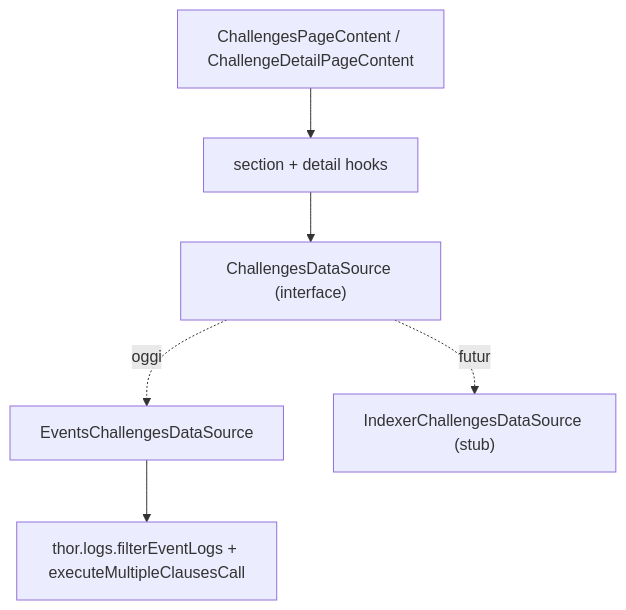
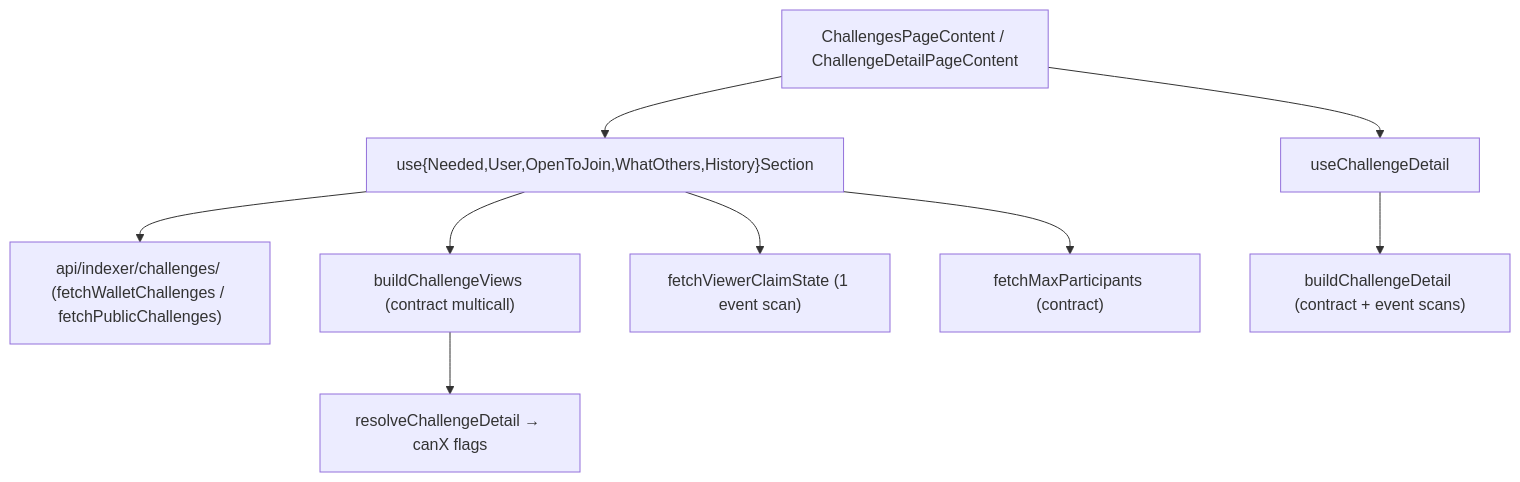
The diagram in .claude/skills/challenges/SKILL.md (vechain/vebetterdao), drawn with Mermaid before and after one commit. The commit also changed other lines of this file and 16 other files, not shown here.

First line of the commit message:
refactor: swap challenge datasource for indexer + on-chain enrichment

````diff
--- a/.claude/skills/challenges/SKILL.md
+++ b/.claude/skills/challenges/SKILL.md
@@ -66,8 +66,12 @@
 ```mermaid
 graph TD
-  UI["ChallengesPageContent / ChallengeDetailPageContent"] --> Hooks["section + detail hooks"]
-  Hooks --> DS["ChallengesDataSource (interface)"]
-  DS -.oggi.-> Events["EventsChallengesDataSource"]
-  DS -.futuro.-> Indexer["IndexerChallengesDataSource (stub)"]
-  Events --> Thor["thor.logs.filterEventLogs + executeMultipleClausesCall"]
+  UI["ChallengesPageContent / ChallengeDetailPageContent"]
+  UI --> SectionHooks["use{Needed,User,OpenToJoin,WhatOthers,History}Section"]
+  UI --> DetailHook["useChallengeDetail"]
+  SectionHooks --> Indexer["api/indexer/challenges/ (fetchWalletChallenges / fetchPublicChallenges)"]
+  SectionHooks --> Multicall["buildChallengeViews (contract multicall)"]
+  SectionHooks --> Claim["fetchViewerClaimState (1 event scan)"]
+  SectionHooks --> MaxP["fetchMaxParticipants (contract)"]
+  Multicall --> Resolve["resolveChallengeDetail → canX flags"]
+  DetailHook --> BuildDetail["buildChallengeDetail (contract + event scans)"]
 ```
````
